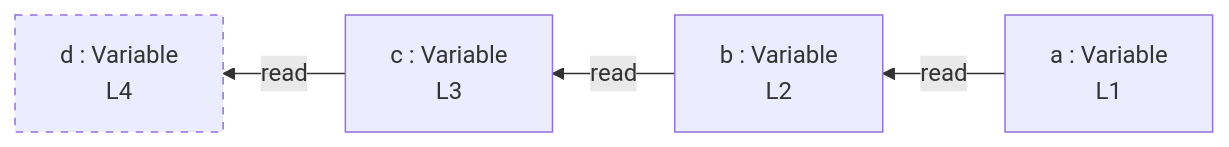
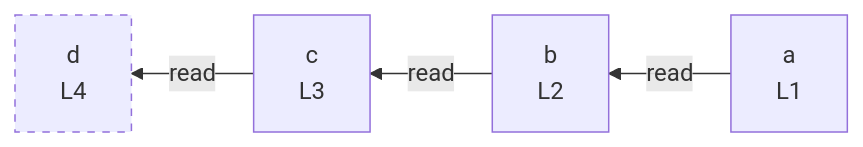
One commit to crescware/unsnarl changed the diagram in integration/fixtures/minimal-const-chain/preview.md. Above: the diagram before and after it, drawn with Mermaid. The commit also changed 27 other files, not shown here.

First line of the commit message:
refactor(mermaid): drop ": Variable" noise, decorate kinds inline

````diff
--- a/integration/fixtures/minimal-const-chain/preview.md
+++ b/integration/fixtures/minimal-const-chain/preview.md
@@ -14,12 +14,12 @@
 ```mermaid
 flowchart RL
-  n_scope_0_a_6["a : Variable<br/>L1"]
-  n_scope_0_b_21["b : Variable<br/>L2"]
-  n_scope_0_c_36["c : Variable<br/>L3"]
-  n_scope_0_d_60["d : Variable<br/>L4"]
+  n_scope_0_a_6["a<br/>L1"]
+  n_scope_0_b_21["b<br/>L2"]
+  n_scope_0_c_36["c<br/>L3"]
+  n_scope_0_d_60["d<br/>L4"]
   n_scope_0_a_6 -->|read| n_scope_0_b_21
   n_scope_0_b_21 -->|read| n_scope_0_c_36
   n_scope_0_c_36 -->|read| n_scope_0_d_60
   classDef unused stroke-dasharray: 5 5;
   class n_scope_0_d_60 unused;
 ```
````
